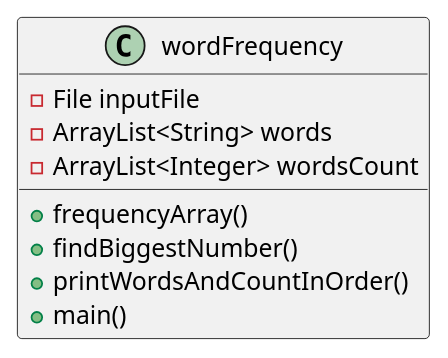
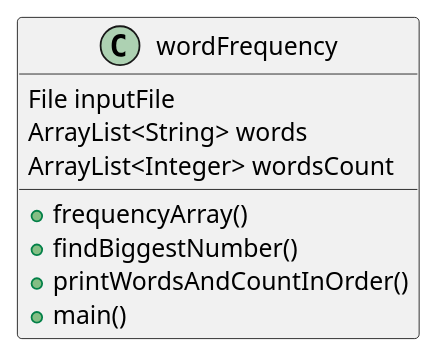
One commit to MohTaher108/taher-cop3330-assignment3 changed the diagram in docs/ex46.puml. Above: the diagram before and after it, drawn with PlantUML. The commit also changed 11 other files, not shown here.

```diff
--- a/docs/ex46.puml
+++ b/docs/ex46.puml
@@ -1,14 +1,14 @@
 @startuml
 'https://plantuml.com/class-diagram
 
 class wordFrequency {
-- File inputFile
-- ArrayList<String> words
-- ArrayList<Integer> wordsCount
+File inputFile
+ArrayList<String> words
+ArrayList<Integer> wordsCount
 + frequencyArray()
 + findBiggestNumber()
 + printWordsAndCountInOrder()
 + main()
 }
 
 @enduml
```
